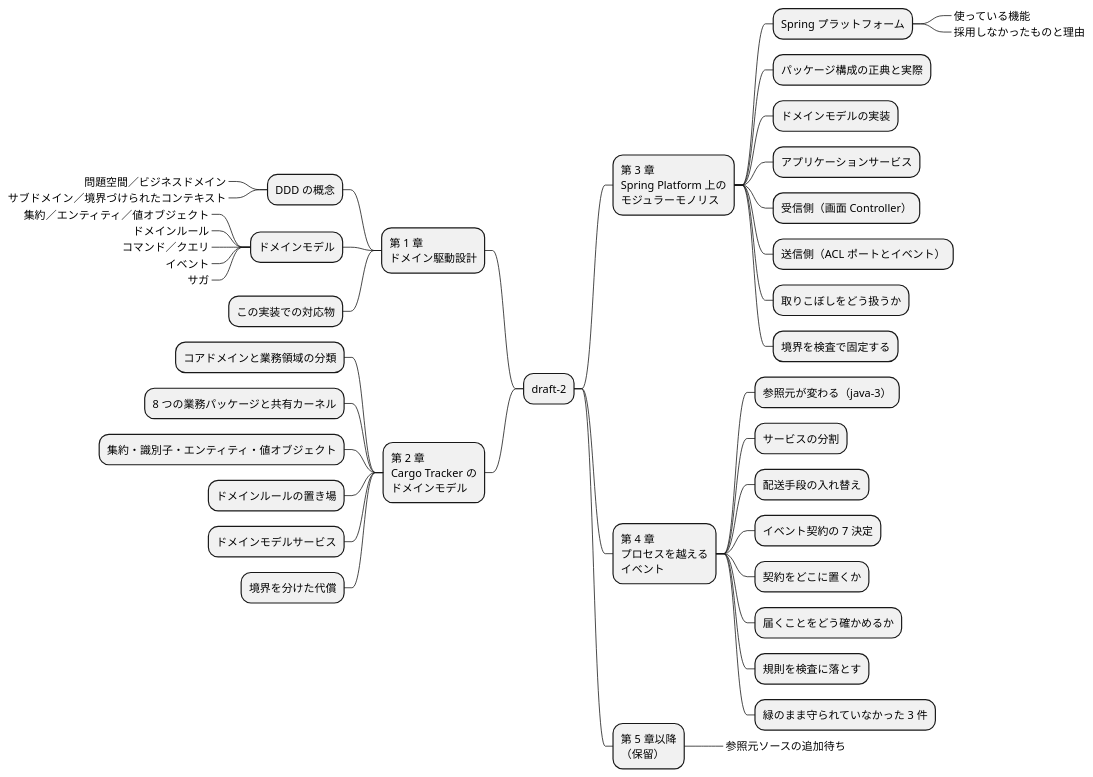
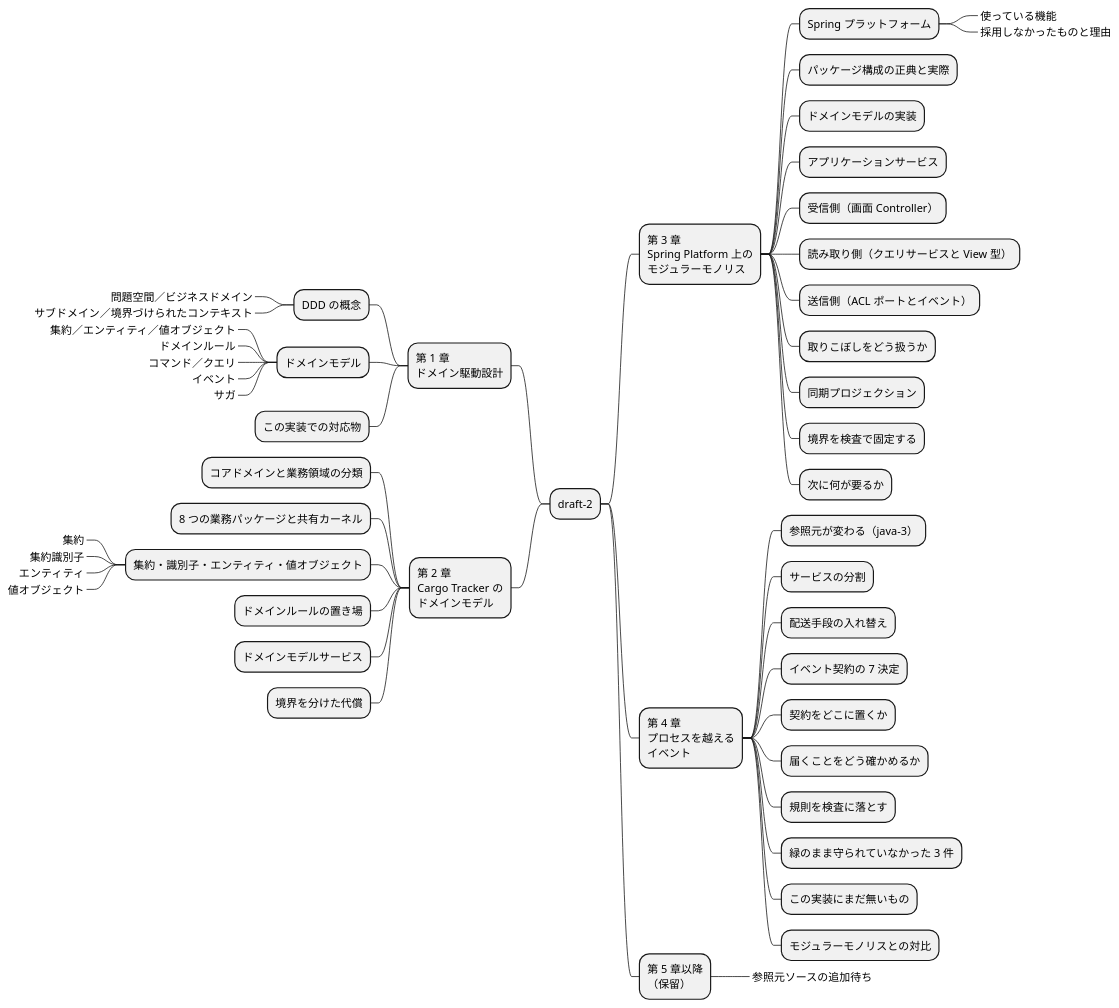
One commit to k2works/case-study-cargo-tracker changed the diagram in docs/article/practical-ddd-in-enterprise-java/draft-2/outline.md. Above: the diagram before and after it, drawn with PlantUML.

Commit message:
docs(article): draft-2 のマインドマップを詳細展開に合わせる
draft-2 は独自構成のためマインドマップの日本語化は不要だったが、詳細展開に
あってマインドマップに無い節が 5 つあった。第 2 章の集約まわり 4 節を
第 1 章と同じ作法で展開し、第 3 章に読み取り側・同期プロジェクション・
次に何が要るか、第 4 章にこの実装にまだ無いもの・モジュラーモノリスとの
対比を追加した。

Claude-Session: https://claude.ai/code/session_01HbWdSY1MqdBzwiG5QyUXC4

````diff
--- a/docs/article/practical-ddd-in-enterprise-java/draft-2/outline.md
+++ b/docs/article/practical-ddd-in-enterprise-java/draft-2/outline.md
@@ -112,49 +112,58 @@
 ```plantuml
 @startmindmap
 
 * draft-2
 left side
 ** 第 1 章\nドメイン駆動設計
 *** DDD の概念
 ****_ 問題空間／ビジネスドメイン
 ****_ サブドメイン／境界づけられたコンテキスト
 *** ドメインモデル
 ****_ 集約／エンティティ／値オブジェクト
 ****_ ドメインルール
 ****_ コマンド／クエリ
 ****_ イベント
 ****_ サガ
 *** この実装での対応物
 ** 第 2 章\nCargo Tracker の\nドメインモデル
 *** コアドメインと業務領域の分類
 *** 8 つの業務パッケージと共有カーネル
 *** 集約・識別子・エンティティ・値オブジェクト
+****_ 集約
+****_ 集約識別子
+****_ エンティティ
+****_ 値オブジェクト
 *** ドメインルールの置き場
 *** ドメインモデルサービス
 *** 境界を分けた代償
 right side
 ** 第 3 章\nSpring Platform 上の\nモジュラーモノリス
 *** Spring プラットフォーム
 ****_ 使っている機能
 ****_ 採用しなかったものと理由
 *** パッケージ構成の正典と実際
 *** ドメインモデルの実装
 *** アプリケーションサービス
 *** 受信側（画面 Controller）
+*** 読み取り側（クエリサービスと View 型）
 *** 送信側（ACL ポートとイベント）
 *** 取りこぼしをどう扱うか
+*** 同期プロジェクション
 *** 境界を検査で固定する
+*** 次に何が要るか
 ** 第 4 章\nプロセスを越える\nイベント
 *** 参照元が変わる（java-3）
 *** サービスの分割
 *** 配送手段の入れ替え
 *** イベント契約の 7 決定
 *** 契約をどこに置くか
 *** 届くことをどう確かめるか
 *** 規則を検査に落とす
 *** 緑のまま守られていなかった 3 件
+*** この実装にまだ無いもの
+*** モジュラーモノリスとの対比
 ** 第 5 章以降\n（保留）
 ***_ 参照元ソースの追加待ち
 
 @endmindmap
 ```
````
